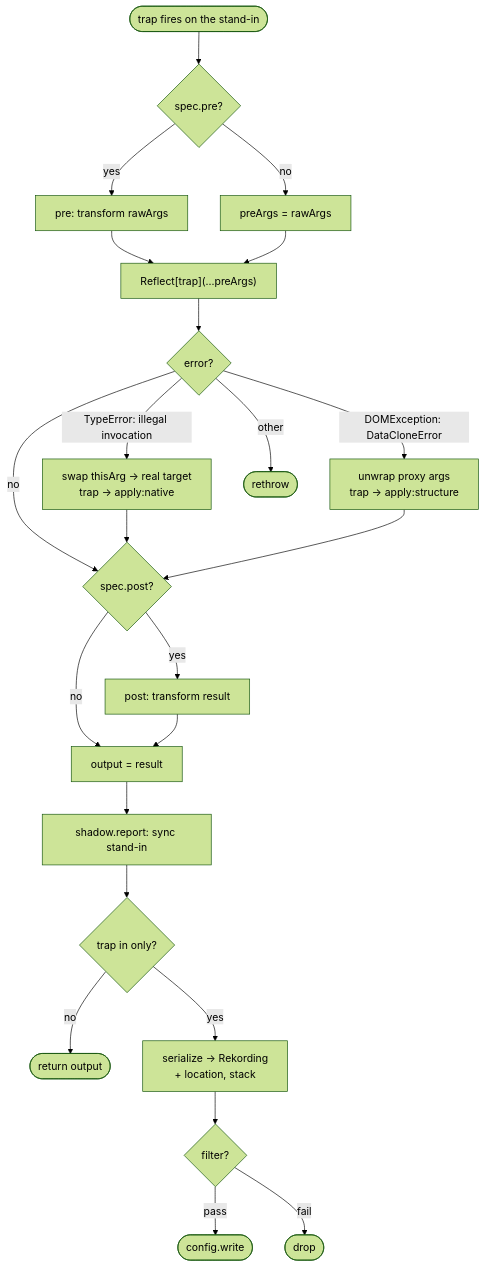
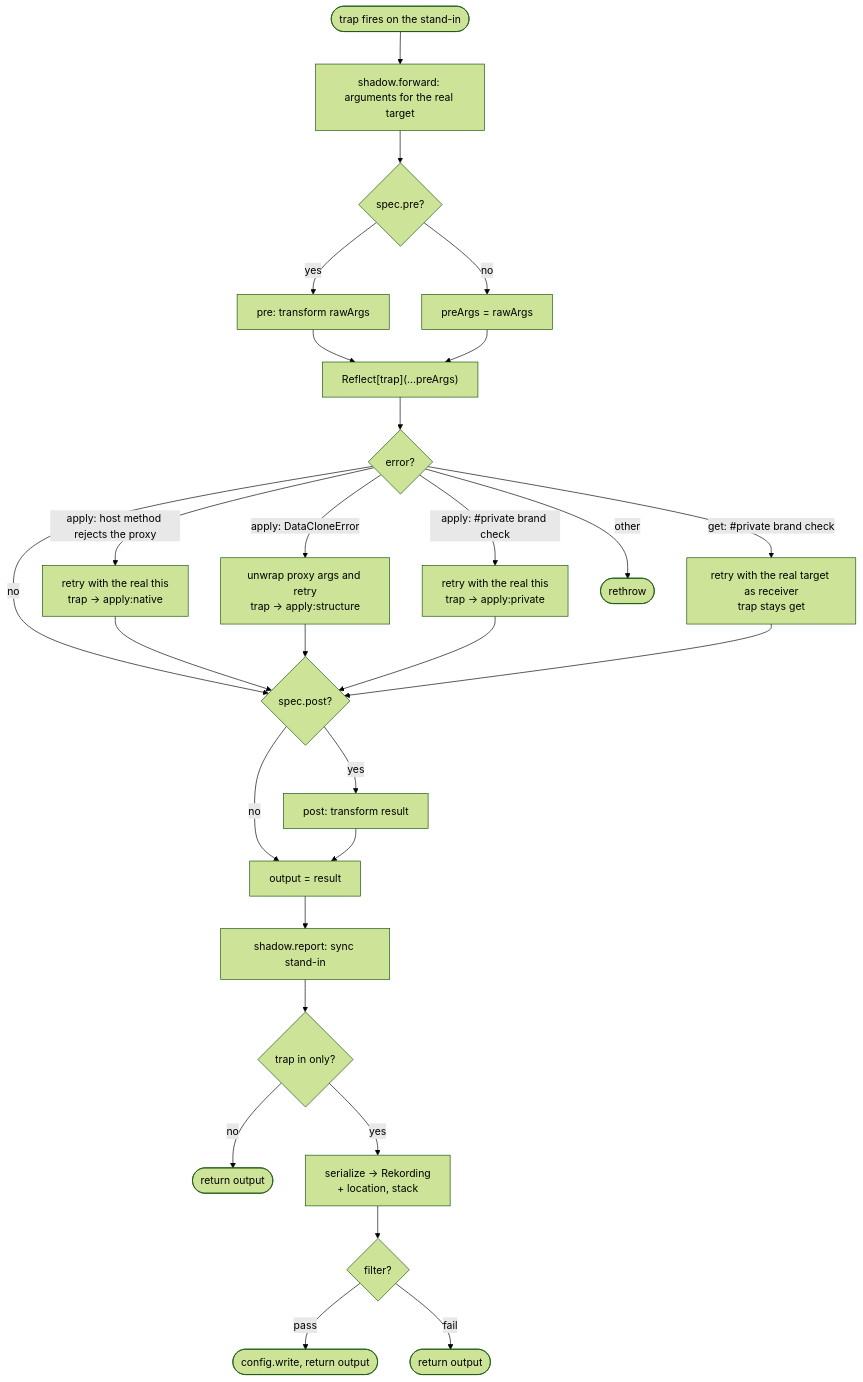
The second of 3 diagrams in DESIGN.md (rspieker/flugrekorder), drawn with Mermaid (forest theme) before and after one commit. The commit also changed other lines of this file and 1 other file, not shown here.

````diff
--- a/DESIGN.md
+++ b/DESIGN.md
@@ -95,28 +95,33 @@
 ```mermaid
 flowchart TD
-    A([trap fires on the stand-in]) --> B{spec.pre?}
+    A([trap fires on the stand-in]) --> A2["shadow.forward: arguments for the real target"]
+    A2 --> B{spec.pre?}
     B -- yes --> C[pre: transform rawArgs]
     B -- no --> D[preArgs = rawArgs]
     C --> E
     D --> E
 
     E["Reflect[trap](...preArgs)"] --> F{error?}
     F -- no --> G{spec.post?}
-    F -- "TypeError: illegal invocation" --> H["swap thisArg → real target<br/>trap → apply:native"]
-    F -- "DOMException: DataCloneError" --> I["unwrap proxy args<br/>trap → apply:structure"]
+    F -- "apply: host method rejects the proxy" --> H["retry with the real this<br/>trap → apply:native"]
+    F -- "apply: DataCloneError" --> I["unwrap proxy args and retry<br/>trap → apply:structure"]
+    F -- "apply: #private brand check" --> H2["retry with the real this<br/>trap → apply:private"]
+    F -- "get: #private brand check" --> I2["retry with the real target as receiver<br/>trap stays get"]
     F -- other --> J([rethrow])
     H --> G
     I --> G
+    H2 --> G
+    I2 --> G
 
     G -- yes --> K[post: transform result]
     G -- no --> L[output = result]
     K --> L
 
     L --> S["shadow.report: sync stand-in"]
     S --> R{"trap in only?"}
     R -- no --> Q([return output])
     R -- yes --> M["serialize → Rekording<br/>+ location, stack"]
     M --> N{filter?}
-    N -- pass --> O([config.write])
-    N -- fail --> P([drop])
+    N -- pass --> O([config.write, return output])
+    N -- fail --> P([return output])
 ```
````
